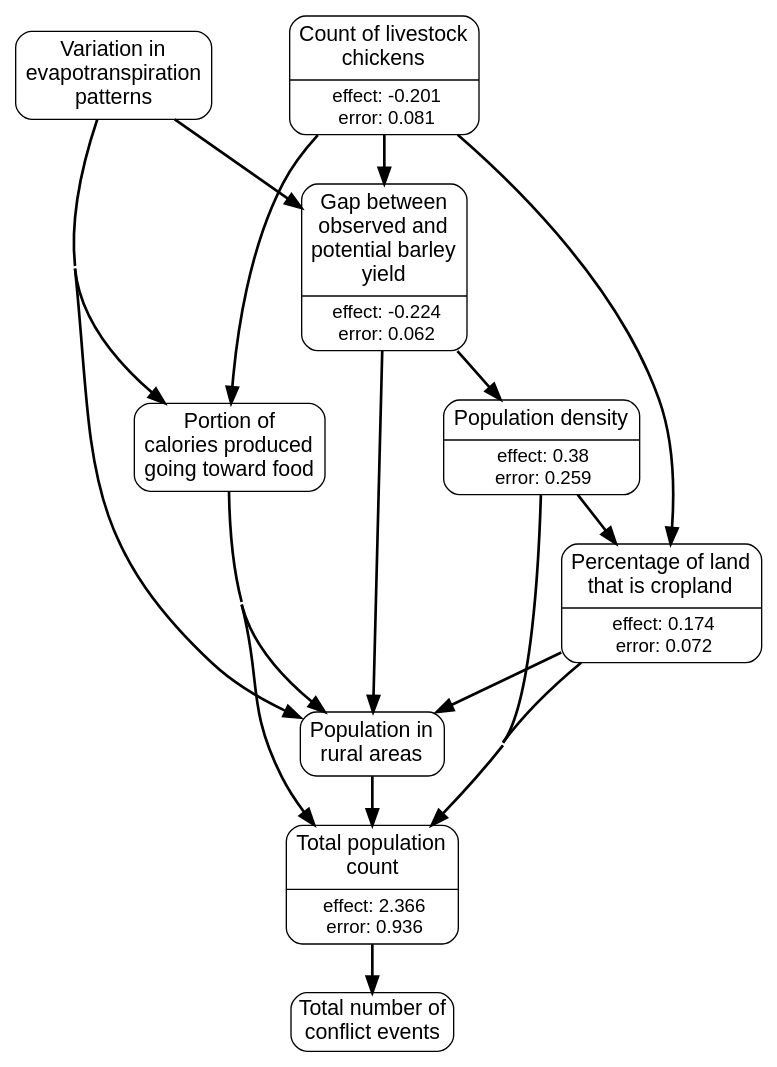
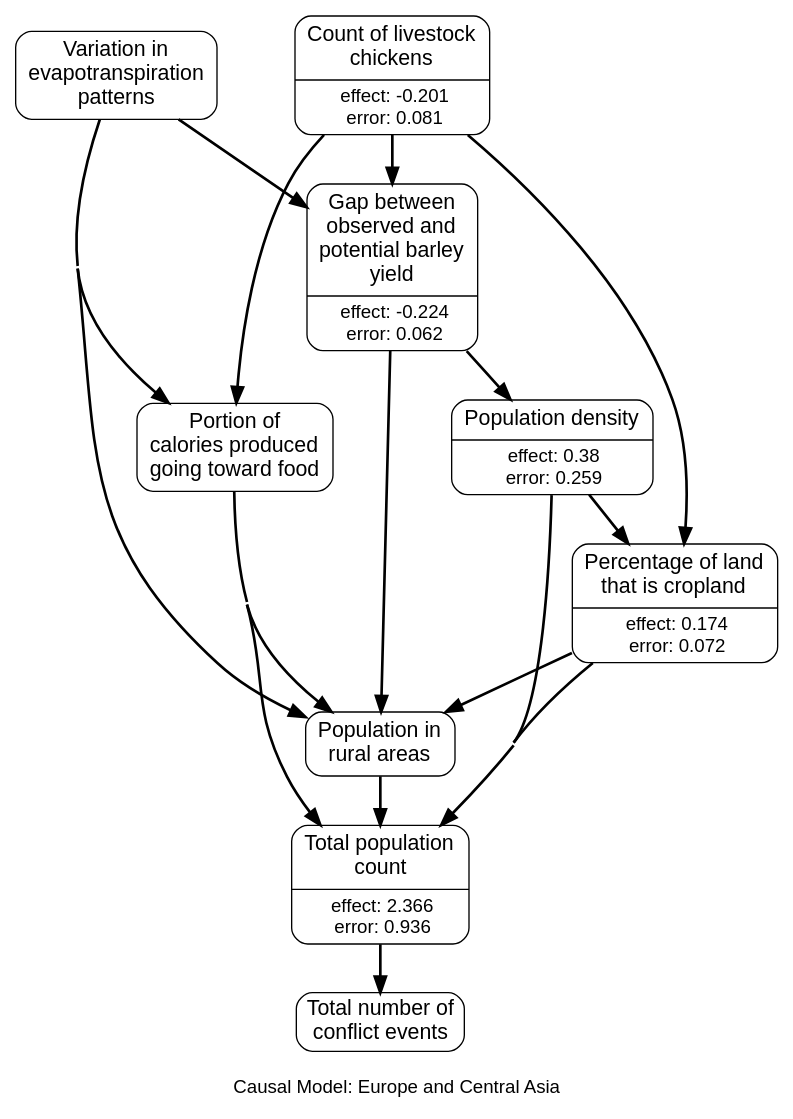
One commit to wri/wri-wpsi changed the diagram in app/javascript/images/regions/causal_graphs/europe_and_central_asia.gv. Above: the diagram before and after it, drawn with Graphviz. The commit also changed 16 other files, not shown here.

```diff
--- a/app/javascript/images/regions/causal_graphs/europe_and_central_asia.gv
+++ b/app/javascript/images/regions/causal_graphs/europe_and_central_asia.gv
@@ -1,70 +1,74 @@
 # generated file for region: europe_and_central_asia by CausalModelRegionGenerator
 strict digraph causalModel {
+fontname="Helvetica, Arial, sans-serif";
+label="
+Causal Model: Europe and Central Asia";
+labelloc = b;
 nodesep = 0.4;
 concentrate = true;
-node[shape = Mrecord, fontname = "Helvetica, Arial, sans-serif", margin = "0.07,0.05", penwidth = 1.0];
+node[shape = Mrecord, fontname = "Helvetica, Arial, sans-serif", margin = "0.10,0.06", penwidth = 1.0];
 edge[arrowsize = 1.2, penwidth = 2];
 
 # nodes
 et_anom_m_STD_m [label = <<table align="center" border="0" cellspacing="1" cellpadding="1">
 <tr><td><font point-size="16">Variation in<br/>evapotranspiration<br/>patterns<br/></font></td></tr>
 </table>
 >, class = rankA];
 chicken_number_s [label = <{<table align="center" border="0" cellspacing="1" cellpadding="1">
 <tr><td><font point-size="16">Count of livestock<br/>chickens<br/></font></td></tr>
 </table>
 |<table border="0" cellspacing="1" cellpadding="0.5"><tr><td><font point-size="14">effect: -0.201</font></td></tr>
 <tr><td><font point-size="14">error: 0.081</font></td></tr></table>}>, class = rankA];
 yield_gap_barley_s [label = <{<table align="center" border="0" cellspacing="1" cellpadding="1">
 <tr><td><font point-size="16">Gap between<br/>observed and<br/>potential barley<br/>yield<br/></font></td></tr>
 </table>
 |<table border="0" cellspacing="1" cellpadding="0.5"><tr><td><font point-size="14">effect: -0.224</font></td></tr>
 <tr><td><font point-size="14">error: 0.062</font></td></tr></table>}>, class = rankB];
 rurpop_s [label = <<table align="center" border="0" cellspacing="1" cellpadding="1">
 <tr><td><font point-size="16">Population in<br/>rural areas<br/></font></td></tr>
 </table>
 >, class = rankB];
 Cropland2000_mean_percent_s [label = <{<table align="center" border="0" cellspacing="1" cellpadding="1">
 <tr><td><font point-size="16">Percentage of land<br/>that is cropland<br/></font></td></tr>
 </table>
 |<table border="0" cellspacing="1" cellpadding="0.5"><tr><td><font point-size="14">effect: 0.174</font></td></tr>
 <tr><td><font point-size="14">error: 0.072</font></td></tr></table>}>, class = rankB];
 loccount_y [label = <{<table align="center" border="0" cellspacing="1" cellpadding="1">
 <tr><td><font point-size="16">Total population<br/>count<br/></font></td></tr>
 </table>
 |<table border="0" cellspacing="1" cellpadding="0.5"><tr><td><font point-size="14">effect: 2.366</font></td></tr>
 <tr><td><font point-size="14">error: 0.936</font></td></tr></table>}>, class = rankB];
 locdensity_y [label = <{<table align="center" border="0" cellspacing="1" cellpadding="1">
 <tr><td><font point-size="16">Population density</font></td></tr>
 </table>
 |<table border="0" cellspacing="1" cellpadding="0.5"><tr><td><font point-size="14">effect: 0.38</font></td></tr>
 <tr><td><font point-size="14">error: 0.259</font></td></tr></table>}>, class = rankB];
 DeliveredkcalFraction_s [label = <<table align="center" border="0" cellspacing="1" cellpadding="1">
 <tr><td><font point-size="16">Portion of<br/>calories produced<br/>going toward food<br/></font></td></tr>
 </table>
 >, class = rankB];
 acl_sum_evnt_m [label = "Total number of
 conflict events", class = rankC, shape=box, style=rounded, fontsize="16pt"];
 
 #ranks
 {rank=same; et_anom_m_STD_m chicken_number_s; }
 
 # links
 et_anom_m_STD_m -> yield_gap_barley_s ;
 et_anom_m_STD_m -> rurpop_s ;
 et_anom_m_STD_m -> DeliveredkcalFraction_s ;
 chicken_number_s -> yield_gap_barley_s ;
 chicken_number_s -> Cropland2000_mean_percent_s ;
 chicken_number_s -> DeliveredkcalFraction_s ;
 yield_gap_barley_s -> rurpop_s ;
 yield_gap_barley_s -> locdensity_y ;
 rurpop_s -> loccount_y ;
 Cropland2000_mean_percent_s -> rurpop_s ;
 Cropland2000_mean_percent_s -> loccount_y ;
 loccount_y -> acl_sum_evnt_m ;
 locdensity_y -> Cropland2000_mean_percent_s ;
 locdensity_y -> loccount_y ;
 DeliveredkcalFraction_s -> rurpop_s ;
 DeliveredkcalFraction_s -> loccount_y ;
 
 }
```
